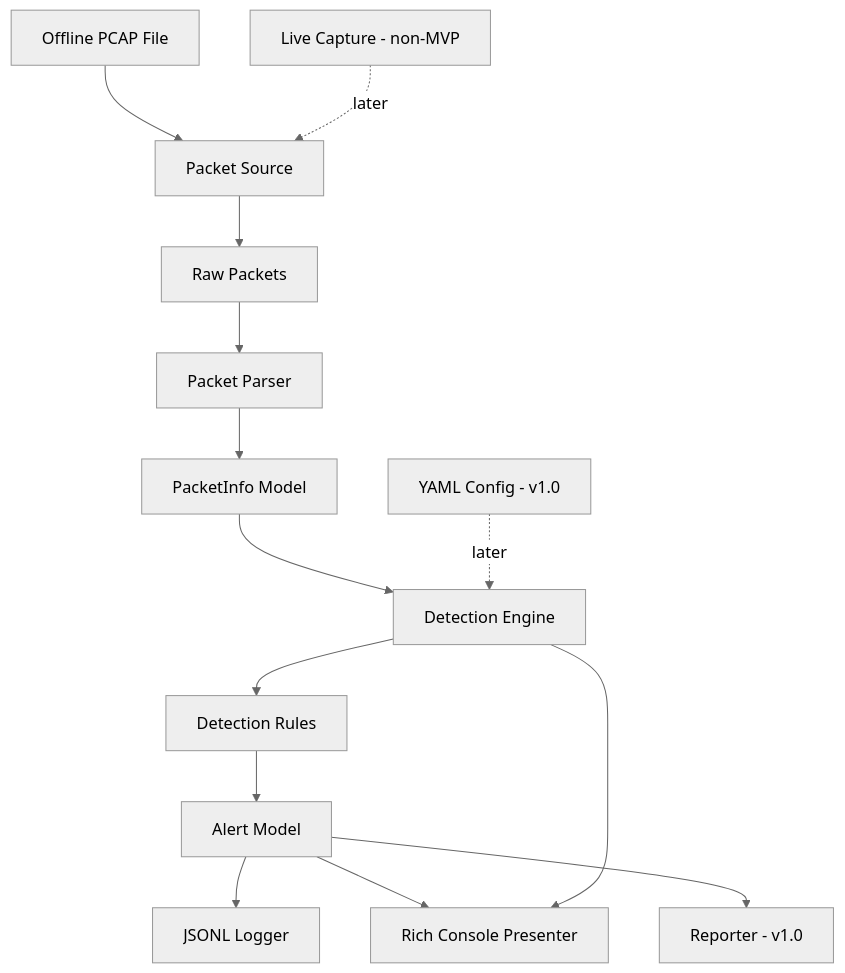
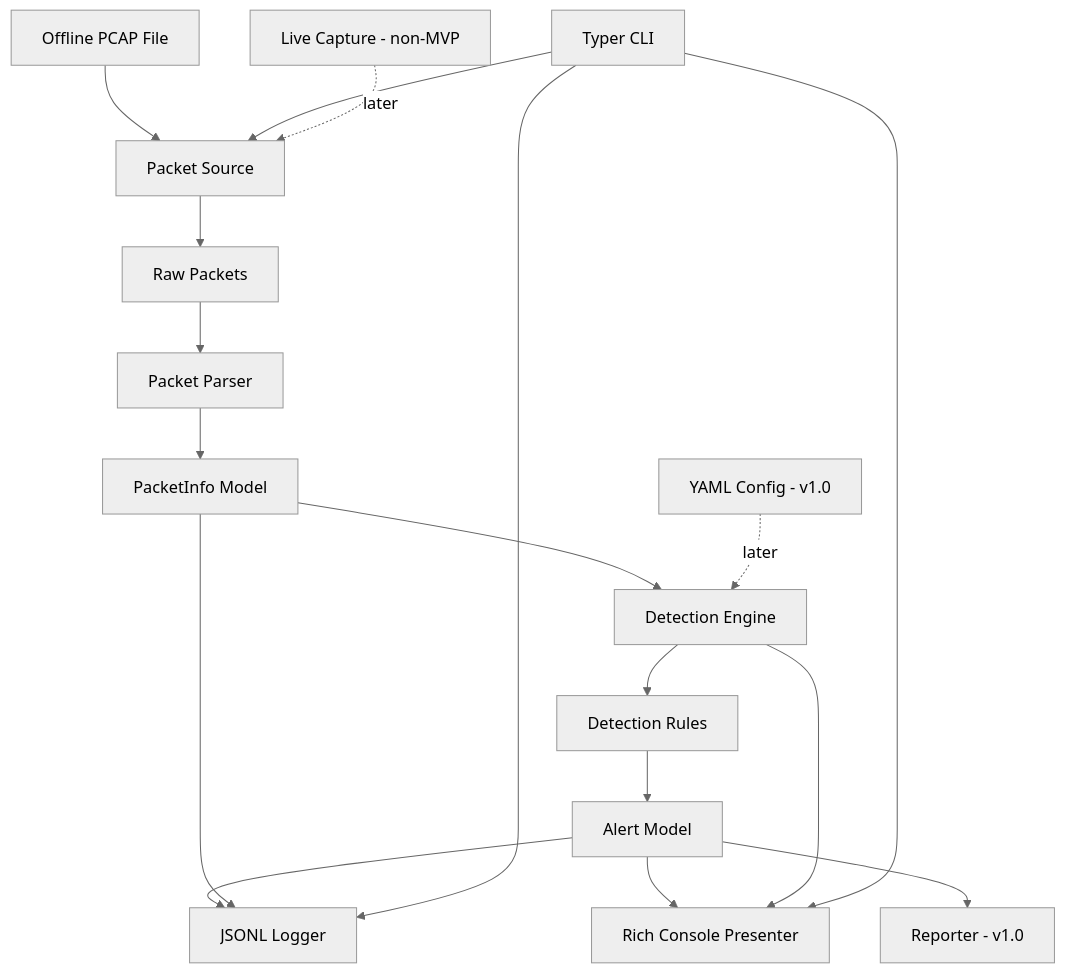
One commit to alopes0905/mini-ids-network-monitor changed the diagram in docs/architecture.md. Above: the diagram before and after it, drawn with Mermaid (neutral theme). The commit also changed other lines of this file and 3 other files, not shown here.

````diff
--- a/docs/architecture.md
+++ b/docs/architecture.md
@@ -248,17 +250,21 @@
 ```mermaid
 flowchart TD
     A[Offline PCAP File] --> B[Packet Source]
     B --> C[Raw Packets]
     C --> D[Packet Parser]
     D --> E[PacketInfo Model]
     E --> F[Detection Engine]
     F --> G[Detection Rules]
     G --> H[Alert Model]
     H --> I[JSONL Logger]
+    E --> I
     H --> J[Rich Console Presenter]
     F --> J
     H --> K[Reporter - v1.0]
+    N[Typer CLI] --> B
+    N --> I
+    N --> J
 
     L[Live Capture - non-MVP] -. later .-> B
     M[YAML Config - v1.0] -. later .-> F
 ```
````
